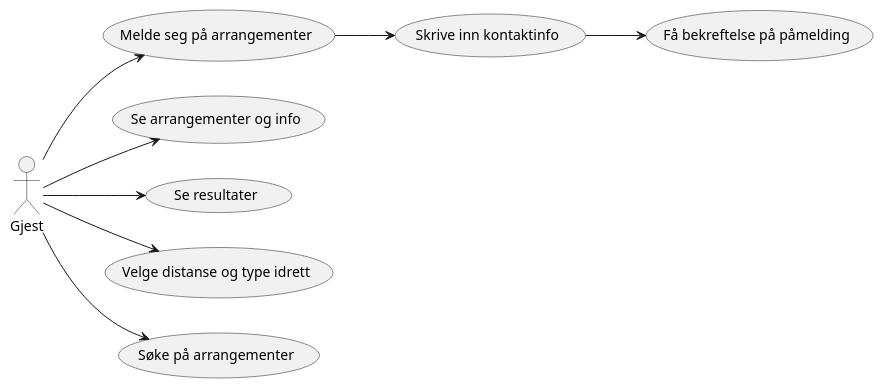
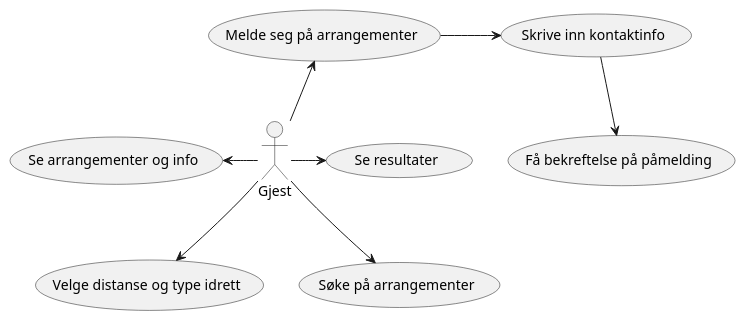
One commit to SetGruppe6/diagrammer changed the diagram in .idea/GjestUseCase.puml. Above: the diagram before and after it, drawn with PlantUML.

Commit message:
småendring gjest

```diff
--- a/.idea/GjestUseCase.puml
+++ b/.idea/GjestUseCase.puml
@@ -1,13 +1,13 @@
 @startuml
-left to right direction
+
 :Gjest:
 
-Gjest --> (Melde seg på arrangementer)
-(Melde seg på arrangementer)-->(Skrive inn kontaktinfo)
+Gjest -up-> (Melde seg på arrangementer)
+(Melde seg på arrangementer)-right->(Skrive inn kontaktinfo)
 (Skrive inn kontaktinfo)-->(Få bekreftelse på påmelding)
-Gjest --> (Se arrangementer og info)
-Gjest --> (Se resultater)
+Gjest -left-> (Se arrangementer og info)
+Gjest -right-> (Se resultater)
 Gjest --> (Velge distanse og type idrett)
 Gjest --> (Søke på arrangementer)
 
 @enduml
```
